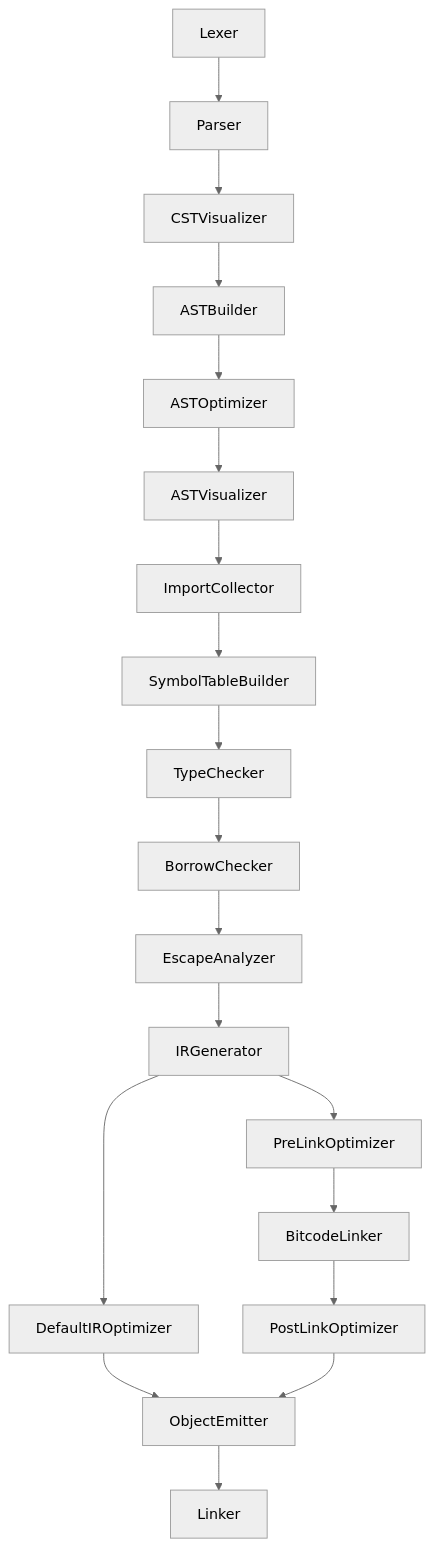
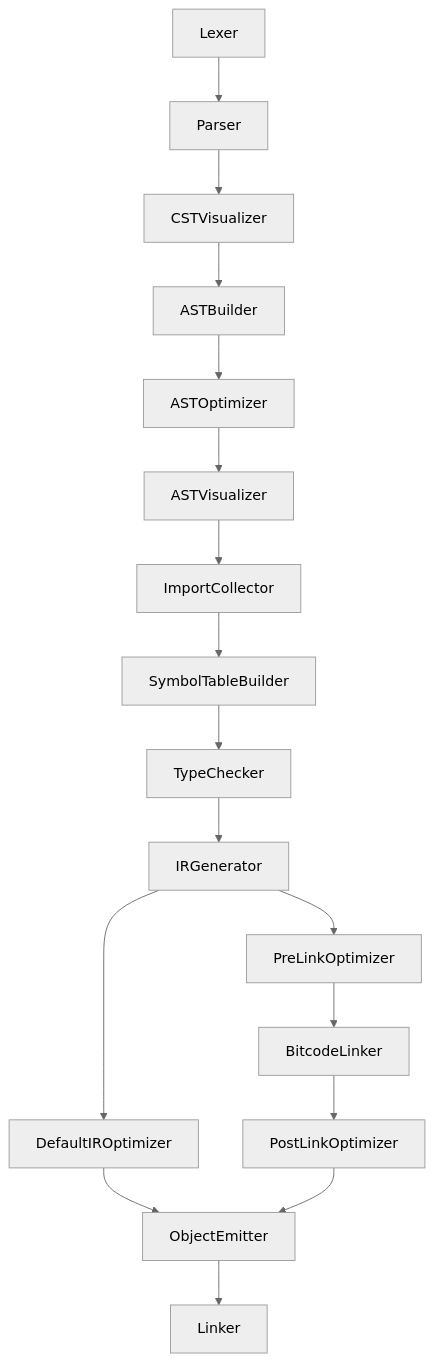
Before and after one commit to spicelang/spice: the diagram in media/specs/compile-stages.md, drawn with Mermaid (neutral theme). The commit also changed other lines of this file and 12 other files, not shown here.

Commit message:
Remove borrow checker and escape analyzer

````diff
--- a/media/specs/compile-stages.md
+++ b/media/specs/compile-stages.md
@@ -8,24 +8,22 @@
 ```mermaid
 graph TD;
     Lexer-->
     Parser-->
     CSTVisualizer-->
     ASTBuilder-->
     ASTOptimizer-->
     ASTVisualizer-->
     ImportCollector-->
     SymbolTableBuilder-->
     TypeChecker-->
-    BorrowChecker-->
-    EscapeAnalyzer-->
     IRGenerator-->
     DefaultIROptimizer-->
     ObjectEmitter-->
     Linker;
     
     IRGenerator-->
     PreLinkOptimizer-->
     BitcodeLinker-->
     PostLinkOptimizer-->
     ObjectEmitter;
 ```
````
